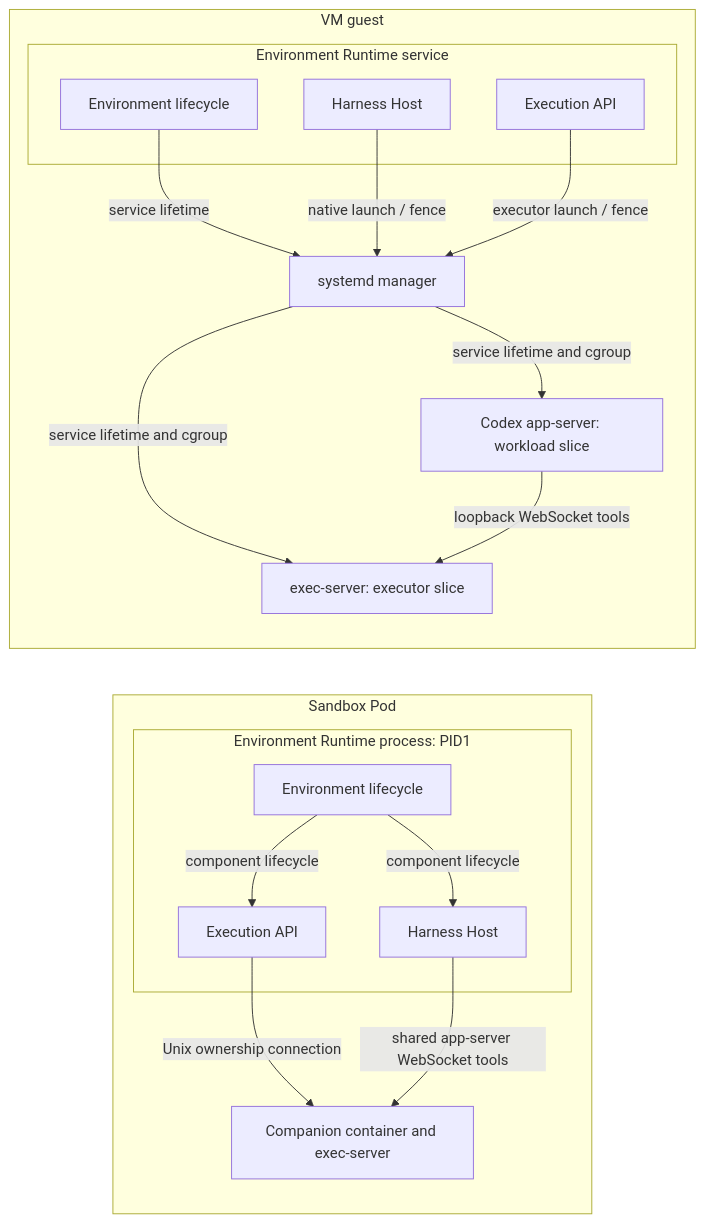
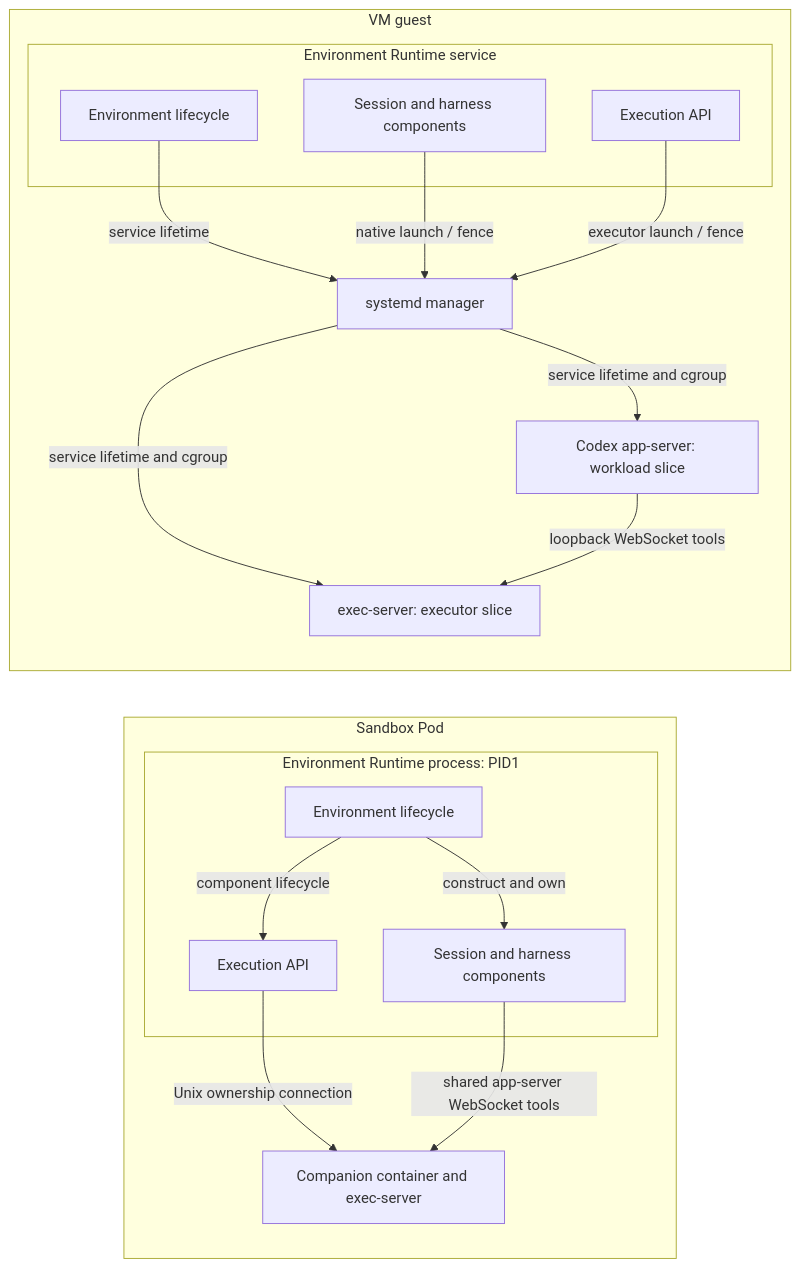
One commit to agentydragon/ducktape changed the fifth of 9 diagrams in agentplane/docs/system_overview.md. Above: the diagram before and after it, drawn with Mermaid. The commit also changed other lines of this file and 22 other files, not shown here.

Commit message:
Delete obsolete Host protocol artifacts and name real component barriers

````diff
--- a/agentplane/docs/system_overview.md
+++ b/agentplane/docs/system_overview.md
@@ -344,31 +341,31 @@
 ```mermaid
 flowchart LR
     subgraph pod[Sandbox Pod]
         subgraph pod_runtime[Environment Runtime process: PID1]
           runtime[Environment lifecycle]
-          host[Harness Host]
+          host[Session and harness components]
           execution[Execution API]
         end
         exec[Companion container and exec-server]
-        runtime -->|component lifecycle| host
+        runtime -->|construct and own| host
         runtime -->|component lifecycle| execution
         execution -->|Unix ownership connection| exec
         host -->|shared app-server WebSocket tools| exec
     end
     subgraph vm[VM guest]
         subgraph vm_runtime[Environment Runtime service]
           vmruntime[Environment lifecycle]
-          vmhost[Harness Host]
+          vmhost[Session and harness components]
           vmexecution[Execution API]
         end
         manager[systemd manager]
         harness[Codex app-server: workload slice]
         vmexec[exec-server: executor slice]
         vmruntime -->|service lifetime| manager
         vmhost -->|native launch / fence| manager
         vmexecution -->|executor launch / fence| manager
         manager -->|service lifetime and cgroup| vmexec
         manager -->|service lifetime and cgroup| harness
         harness -->|loopback WebSocket tools| vmexec
     end
 ```
````
